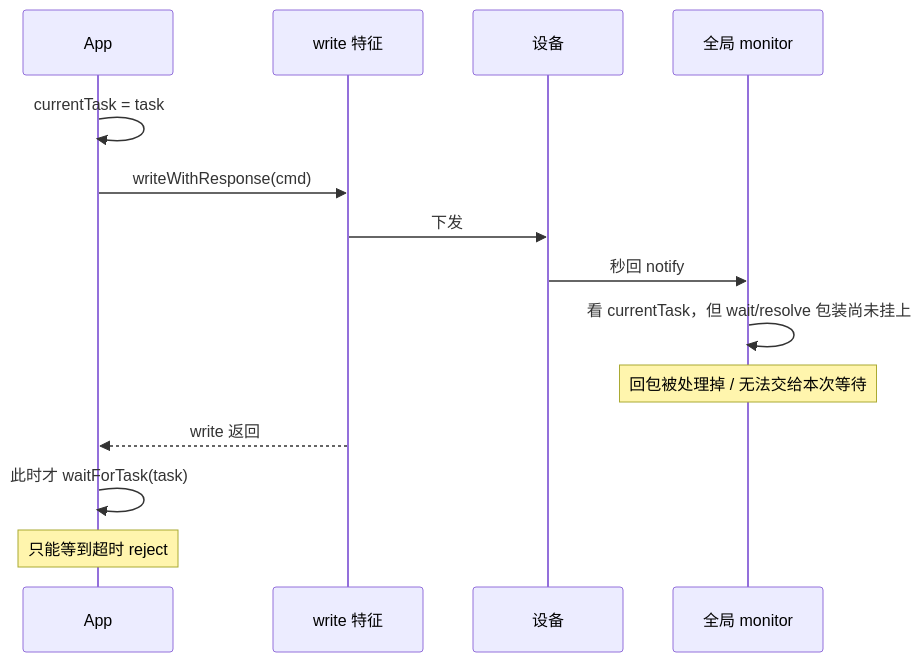
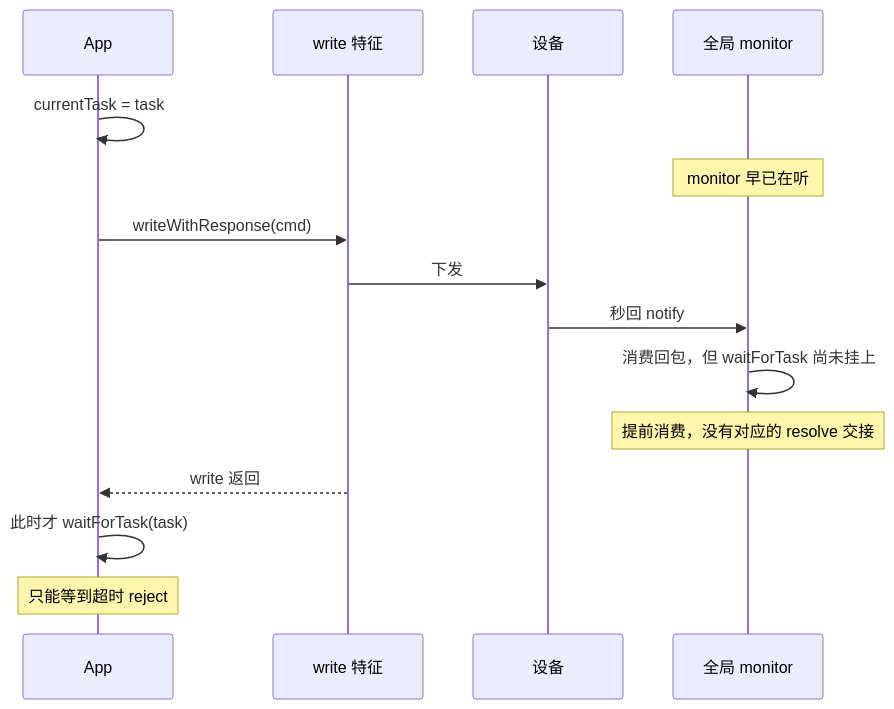
Before and after one commit to wutiange/Wujing: the diagram in content/ble-write-before-listen.md, drawn with Mermaid. The commit also changed other lines of this file, not shown here.

````diff
--- a/content/ble-write-before-listen.md
+++ b/content/ble-write-before-listen.md
@@ -185,17 +186,18 @@
 ```mermaid
 sequenceDiagram
   participant App
   participant W as write 特征
   participant Dev as 设备
   participant M as 全局 monitor
 
   App->>App: currentTask = task
+  Note over M: monitor 早已在听
   App->>W: writeWithResponse(cmd)
   W->>Dev: 下发
   Dev->>M: 秒回 notify
-  M->>M: 看 currentTask，但 wait/resolve 包装尚未挂上
-  Note over M: 回包被处理掉 / 无法交给本次等待
+  M->>M: 消费回包，但 waitForTask 尚未挂上
+  Note over M: 提前消费，没有对应的 resolve 交接
   W-->>App: write 返回
   App->>App: 此时才 waitForTask(task)
   Note over App: 只能等到超时 reject
 ```
````
